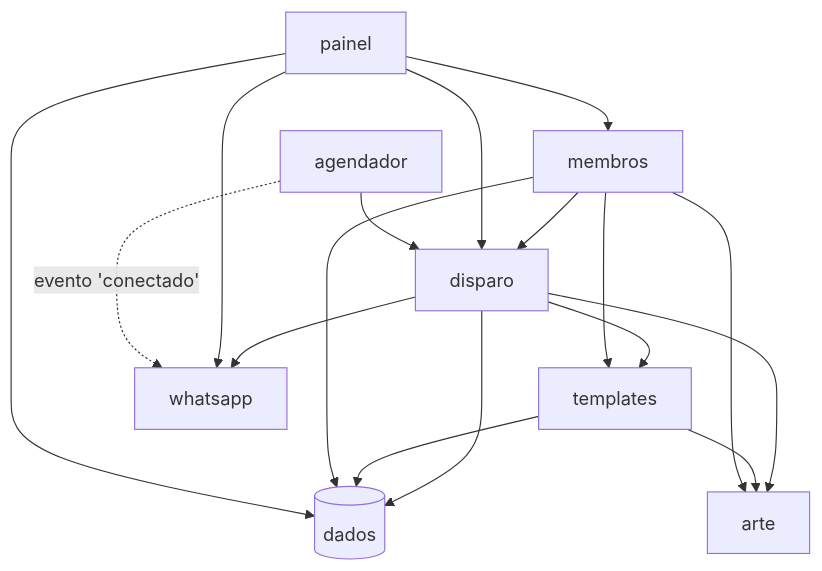
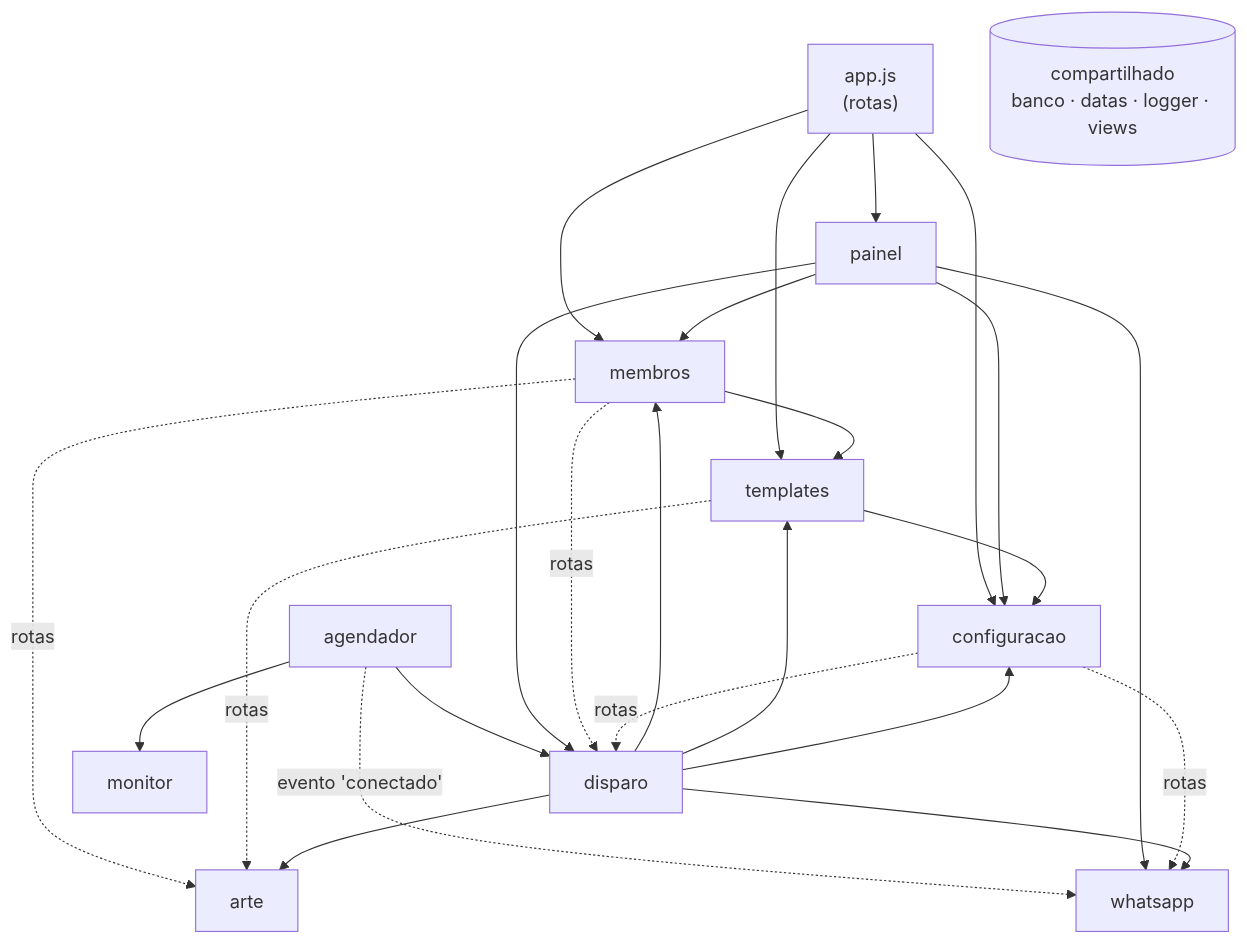
One commit to ssiury/AniversariosAutomatizados changed the third of 8 diagrams in docs/arquitetura.md. Above: the diagram before and after it, drawn with Mermaid. The commit also changed other lines of this file and 2 other files, not shown here.

````diff
--- a/docs/arquitetura.md
+++ b/docs/arquitetura.md
@@ -250,29 +311,38 @@
 ```mermaid
 flowchart TD
+    app["app.js<br/>(rotas)"]
+    agendador["agendador"]
     painel["painel"]
     membros["membros"]
     templates["templates"]
-    agendador["agendador"]
+    configuracao["configuracao"]
     disparo["disparo"]
     arte["arte"]
     whatsapp["whatsapp"]
-    dados[("dados")]
+    monitor["monitor"]
+    compartilhado[("compartilhado<br/>banco · datas · logger · views")]
 
+    app --> painel
+    app --> membros
+    app --> templates
+    app --> configuracao
     agendador --> disparo
+    agendador --> monitor
     agendador -. "evento 'conectado'" .-> whatsapp
+    painel --> membros
     painel --> disparo
+    painel --> configuracao
     painel --> whatsapp
-    painel --> membros
-    membros --> disparo
-    membros --> arte
     membros --> templates
-    templates --> arte
+    membros -. "rotas" .-> disparo
+    membros -. "rotas" .-> arte
+    templates --> configuracao
+    templates -. "rotas" .-> arte
+    configuracao -. "rotas" .-> disparo
+    configuracao -. "rotas" .-> whatsapp
+    disparo --> membros
     disparo --> templates
+    disparo --> configuracao
     disparo --> arte
     disparo --> whatsapp
-
-    painel --> dados
-    membros --> dados
-    templates --> dados
-    disparo --> dados
 ```
````
